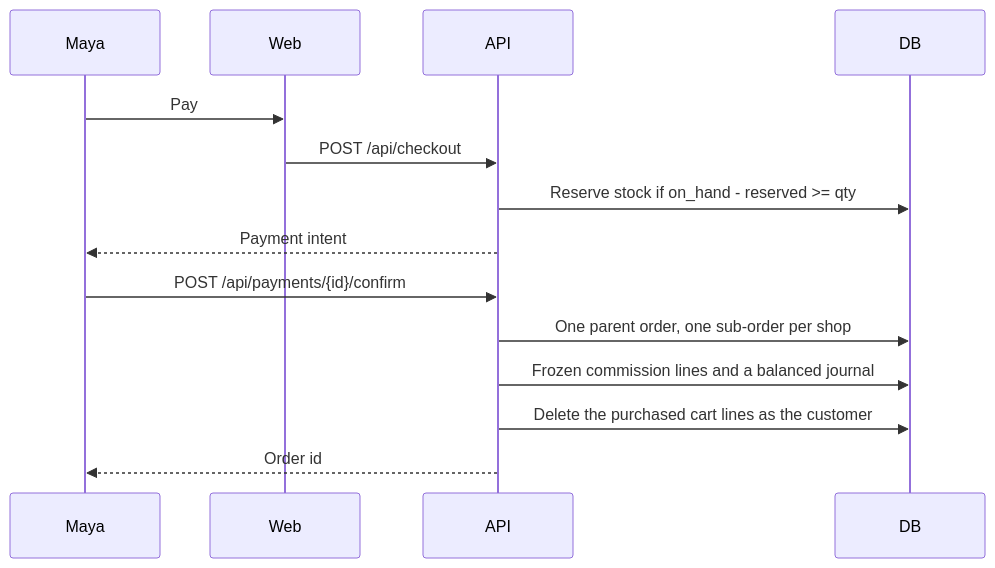
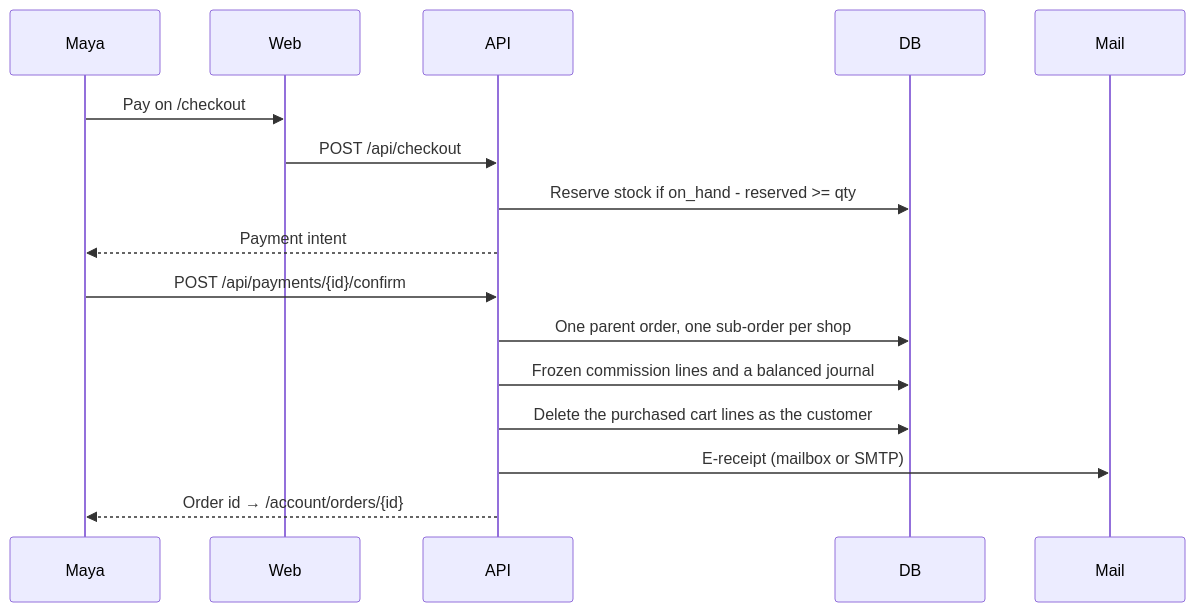
One commit to nhanhkimson/vendor_fronted changed the second of 4 diagrams in docs/sequences.md. Above: the diagram before and after it, drawn with Mermaid. The commit also changed other lines of this file and 13 other files, not shown here.

````diff
--- a/docs/sequences.md
+++ b/docs/sequences.md
@@ -5,16 +27,18 @@
 ```mermaid
 sequenceDiagram
   participant Maya
   participant Web
   participant API
   participant DB
-  Maya->>Web: Pay
+  participant Mail
+  Maya->>Web: Pay on /checkout
   Web->>API: POST /api/checkout
   API->>DB: Reserve stock if on_hand - reserved >= qty
   API-->>Maya: Payment intent
   Maya->>API: POST /api/payments/{id}/confirm
   API->>DB: One parent order, one sub-order per shop
   API->>DB: Frozen commission lines and a balanced journal
   API->>DB: Delete the purchased cart lines as the customer
-  API-->>Maya: Order id
+  API->>Mail: E-receipt (mailbox or SMTP)
+  API-->>Maya: Order id → /account/orders/{id}
 ```
````
